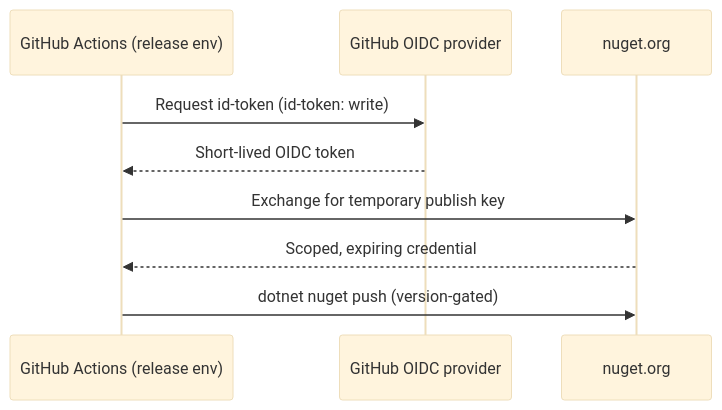
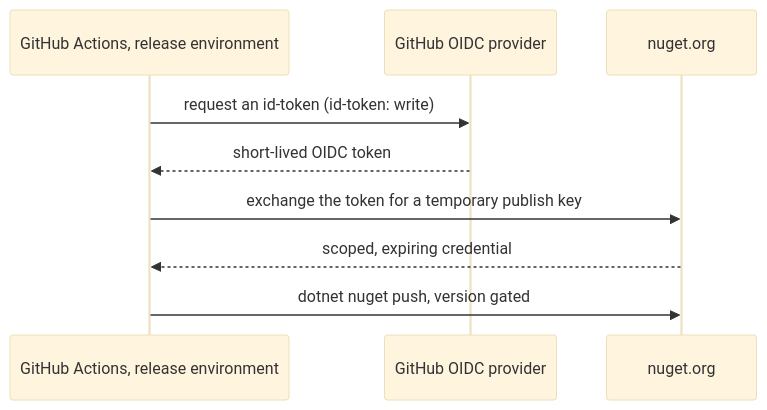
The first of 3 diagrams in docs/architecture/security.md (e128/dotnet-reference), drawn with Mermaid (base theme) before and after one commit. The commit also changed other lines of this file and 20 other files, not shown here.

````diff
--- a/docs/architecture/security.md
+++ b/docs/architecture/security.md
@@ -13,11 +13,11 @@
 ```mermaid
 sequenceDiagram
-  participant CI as GitHub Actions (release env)
+  participant CI as GitHub Actions, release environment
   participant OIDC as GitHub OIDC provider
   participant NuGet as nuget.org
-  CI->>OIDC: Request id-token (id-token: write)
-  OIDC-->>CI: Short-lived OIDC token
-  CI->>NuGet: Exchange for temporary publish key
-  NuGet-->>CI: Scoped, expiring credential
-  CI->>NuGet: dotnet nuget push (version-gated)
+  CI->>OIDC: request an id-token (id-token: write)
+  OIDC-->>CI: short-lived OIDC token
+  CI->>NuGet: exchange the token for a temporary publish key
+  NuGet-->>CI: scoped, expiring credential
+  CI->>NuGet: dotnet nuget push, version gated
 ```
````
